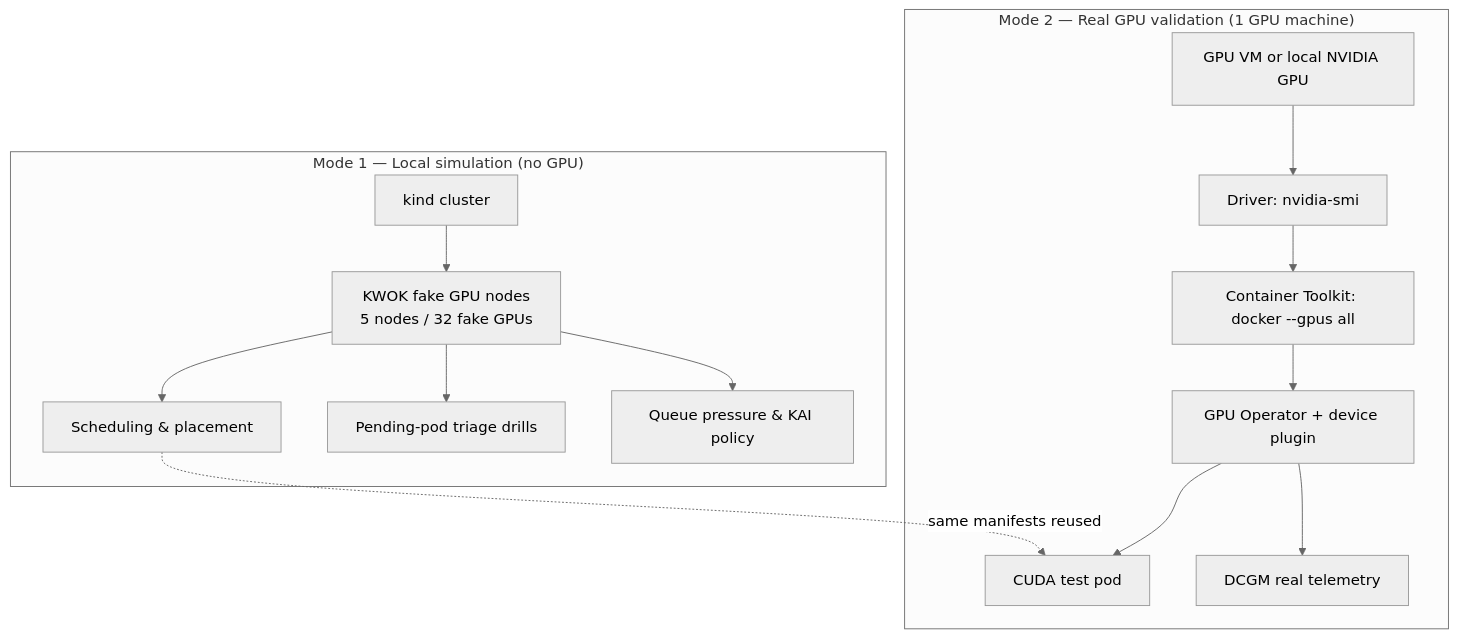
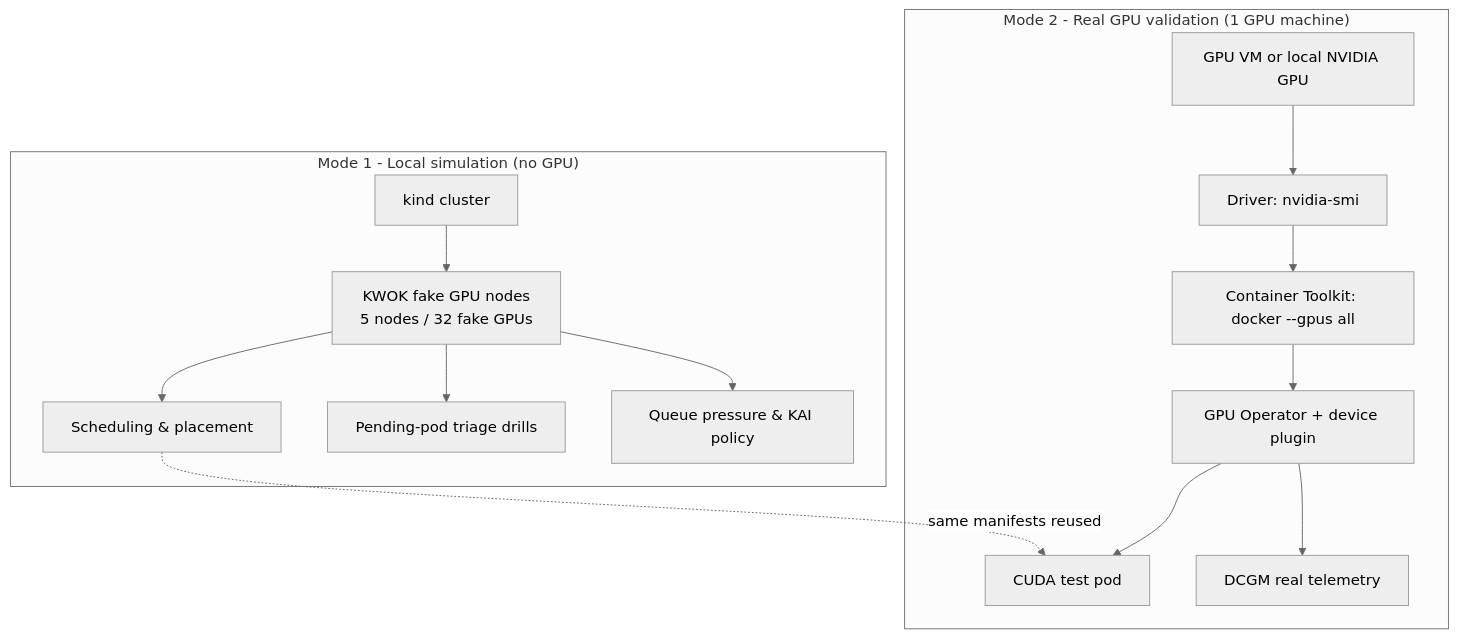
Before and after one commit to ld-singh/ai-factory-ops-lab: the diagram in diagrams/fake-vs-real-gpu-validation.md, drawn with Mermaid (neutral theme). The commit also changed 86 other files, not shown here.

````diff
--- a/diagrams/fake-vs-real-gpu-validation.md
+++ b/diagrams/fake-vs-real-gpu-validation.md
@@ -3,17 +3,17 @@
 ```mermaid
 flowchart TB
-    subgraph SIM["Mode 1 — Local simulation (no GPU)"]
+    subgraph SIM["Mode 1 - Local simulation (no GPU)"]
         KIND[kind cluster] --> KWOK[KWOK fake GPU nodes\n5 nodes / 32 fake GPUs]
         KWOK --> S1[Scheduling & placement]
         KWOK --> S2[Pending-pod triage drills]
         KWOK --> S3[Queue pressure & KAI policy]
     end
-    subgraph REAL["Mode 2 — Real GPU validation (1 GPU machine)"]
+    subgraph REAL["Mode 2 - Real GPU validation (1 GPU machine)"]
         VM[GPU VM or local NVIDIA GPU] --> R1[Driver: nvidia-smi]
         R1 --> R2[Container Toolkit: docker --gpus all]
         R2 --> R3[GPU Operator + device plugin]
         R3 --> R4[CUDA test pod]
         R3 --> R5[DCGM real telemetry]
     end
     S1 -.->|same manifests reused| R4
 ```
````
